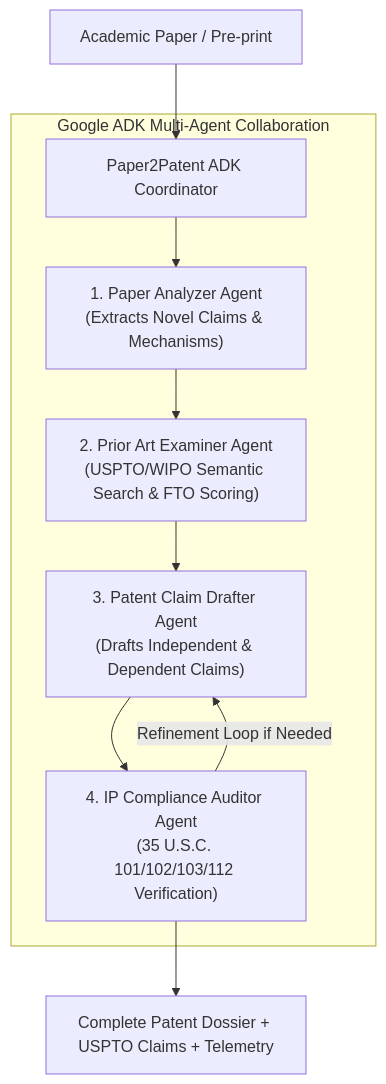
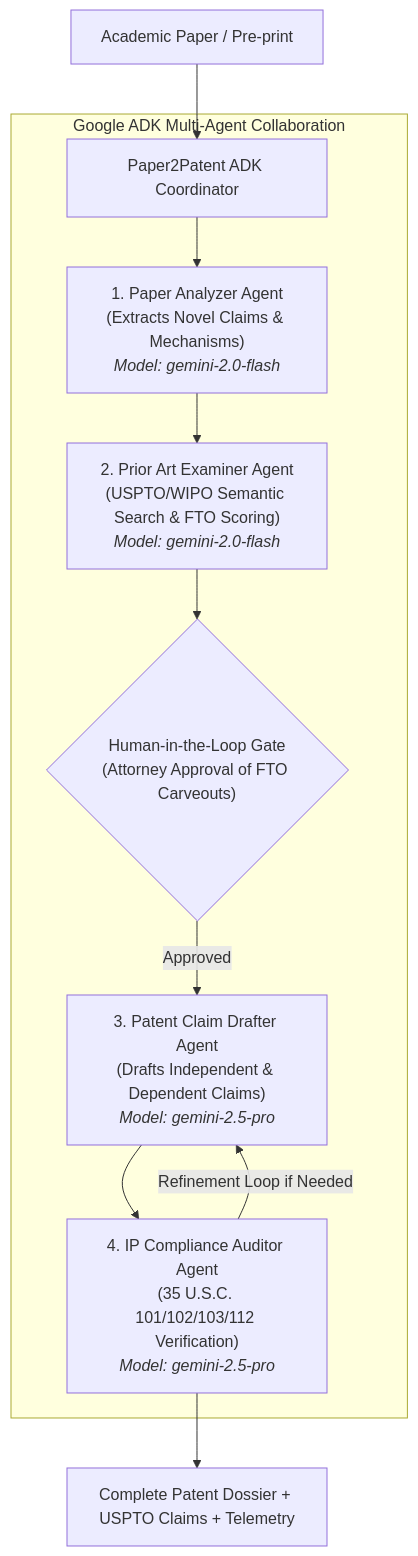
Before and after one commit to abeljoseph/paper2patent-adk: the diagram in README.md, drawn with Mermaid. The commit also changed other lines of this file and 30 other files, not shown here.

````diff
--- a/README.md
+++ b/README.md
@@ -21,14 +21,15 @@
 ```mermaid
 graph TD
     User["Academic Paper / Pre-print"] --> Coordinator["Paper2Patent ADK Coordinator"]
     
     subgraph "Google ADK Multi-Agent Collaboration"
-        Coordinator --> A1["1. Paper Analyzer Agent<br/>(Extracts Novel Claims & Mechanisms)"]
-        A1 --> A2["2. Prior Art Examiner Agent<br/>(USPTO/WIPO Semantic Search & FTO Scoring)"]
-        A2 --> A3["3. Patent Claim Drafter Agent<br/>(Drafts Independent & Dependent Claims)"]
-        A3 --> A4["4. IP Compliance Auditor Agent<br/>(35 U.S.C. 101/102/103/112 Verification)"]
+        Coordinator --> A1["1. Paper Analyzer Agent<br/>(Extracts Novel Claims & Mechanisms)<br/><i>Model: gemini-2.0-flash</i>"]
+        A1 --> A2["2. Prior Art Examiner Agent<br/>(USPTO/WIPO Semantic Search & FTO Scoring)<br/><i>Model: gemini-2.0-flash</i>"]
+        A2 --> Checkpoint{"Human-in-the-Loop Gate<br/>(Attorney Approval of FTO Carveouts)"}
+        Checkpoint -->|Approved| A3["3. Patent Claim Drafter Agent<br/>(Drafts Independent & Dependent Claims)<br/><i>Model: gemini-2.5-pro</i>"]
+        A3 --> A4["4. IP Compliance Auditor Agent<br/>(35 U.S.C. 101/102/103/112 Verification)<br/><i>Model: gemini-2.5-pro</i>"]
     end
     
     A4 -->|Refinement Loop if Needed| A3
     A4 --> Dossier["Complete Patent Dossier + USPTO Claims + Telemetry"]
 ```
````
